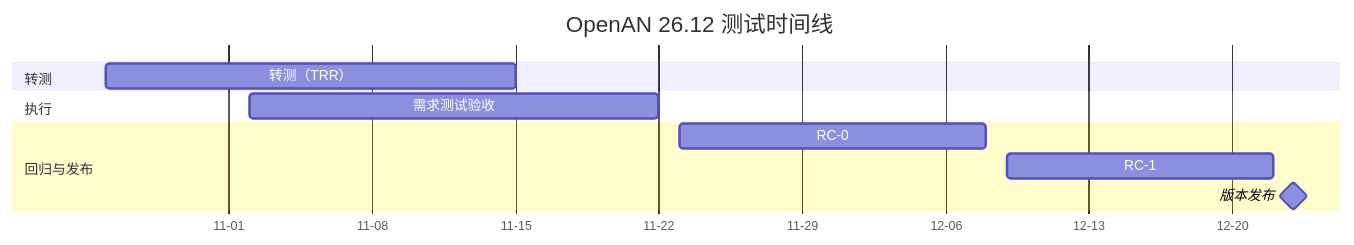
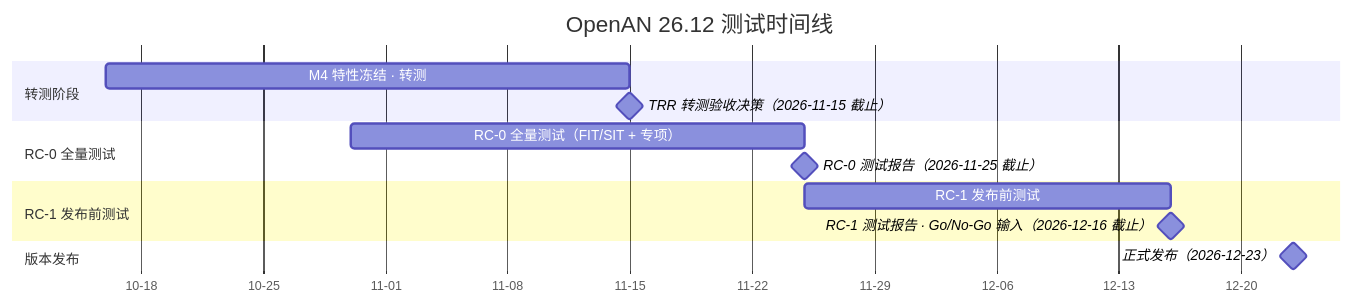
Before and after one commit to XunliYang/e2e-test: the first of 2 diagrams in docs/openan-integration-testing-wg-homepage.md, drawn with Mermaid. The commit also changed other lines of this file and 1 other file, not shown here.

First line of the commit message:
docs: update WG homepage timeline, members and action items

````diff
--- a/docs/openan-integration-testing-wg-homepage.md
+++ b/docs/openan-integration-testing-wg-homepage.md
@@ -33,15 +33,22 @@
 ```mermaid
 gantt
     title OpenAN 26.12 测试时间线
     dateFormat YYYY-MM-DD
     axisFormat %m-%d
     todayMarker off
-    section 转测
-    转测（TRR） :trr, 2026-10-26, 2026-11-15
-    section 执行
-    需求测试验收 :fit, 2026-11-02, 2026-11-22
-    section 回归与发布
-    RC-0 :rc0, 2026-11-23, 2026-12-08
-    RC-1 :rc1, 2026-12-09, 2026-12-22
-    版本发布 :milestone, 2026-12-23, 0d
+
+    section 转测阶段
+    M4 特性冻结 · 转测    :m4, 2026-10-16, 30d
+    TRR 转测验收决策（2026-11-15 截止）                              :milestone, m4_trr, 2026-11-15, 0d
+
+    section RC-0 全量测试
+    RC-0 全量测试（FIT/SIT + 专项）   :r0, 2026-10-30, 26d
+    RC-0 测试报告（2026-11-25 截止）                                 :milestone, r0_report, 2026-11-25, 0d
+
+    section RC-1 发布前测试
+    RC-1 发布前测试      :r1, 2026-11-25, 21d
+    RC-1 测试报告 · Go/No-Go 输入（2026-12-16 截止）                 :milestone, r1_report, 2026-12-16, 0d
+
+    section 版本发布
+    正式发布（2026-12-23）                                      :milestone, release, 2026-12-23, 0d
 ```
````
